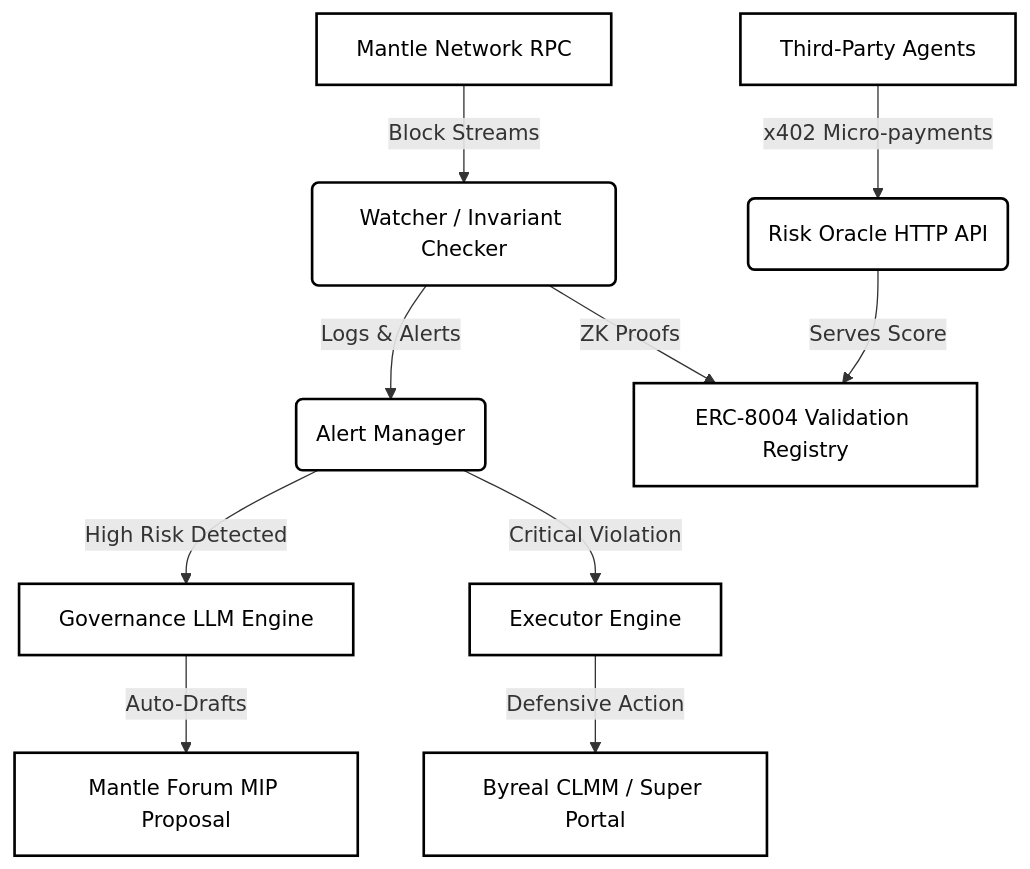
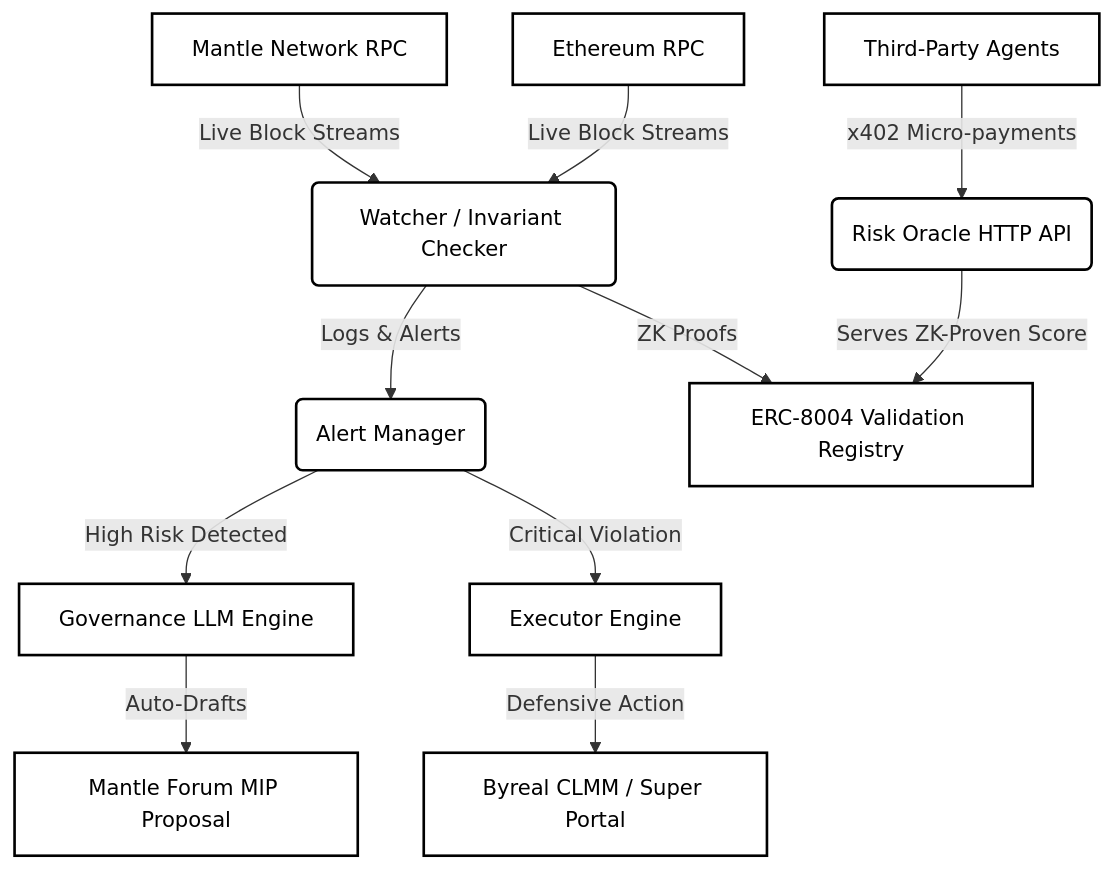
Before and after one commit to Lakshmikanth-3/mantle: the first of 2 diagrams in README.md, drawn with Mermaid. The commit also changed other lines of this file, not shown here.

````diff
--- a/README.md
+++ b/README.md
@@ -11,20 +27,20 @@
 ```mermaid
 graph TD
     classDef default fill:#ffffff,stroke:#000000,stroke-width:2px,color:#000000;
-    classDef highlight fill:#f9f9f9,stroke:#000000,stroke-width:2px,color:#000000;
-
-    A[Mantle Network RPC] -->|Block Streams| B(Watcher / Invariant Checker)
+    
+    A[Mantle Network RPC] -->|Live Block Streams| B(Watcher / Invariant Checker)
+    A2[Ethereum RPC] -->|Live Block Streams| B
     B -->|Logs & Alerts| C(Alert Manager)
     
     C -->|High Risk Detected| D[Governance LLM Engine]
     C -->|Critical Violation| E[Executor Engine]
     
     D -->|Auto-Drafts| F[Mantle Forum MIP Proposal]
     E -->|Defensive Action| G[Byreal CLMM / Super Portal]
     
     B -->|ZK Proofs| H[ERC-8004 Validation Registry]
     I[Third-Party Agents] -->|x402 Micro-payments| J(Risk Oracle HTTP API)
-    J -->|Serves Score| H
+    J -->|Serves ZK-Proven Score| H
     
-    class A,B,C,D,E,F,G,H,I,J default;
+    class A,A2,B,C,D,E,F,G,H,I,J default;
 ```
````
